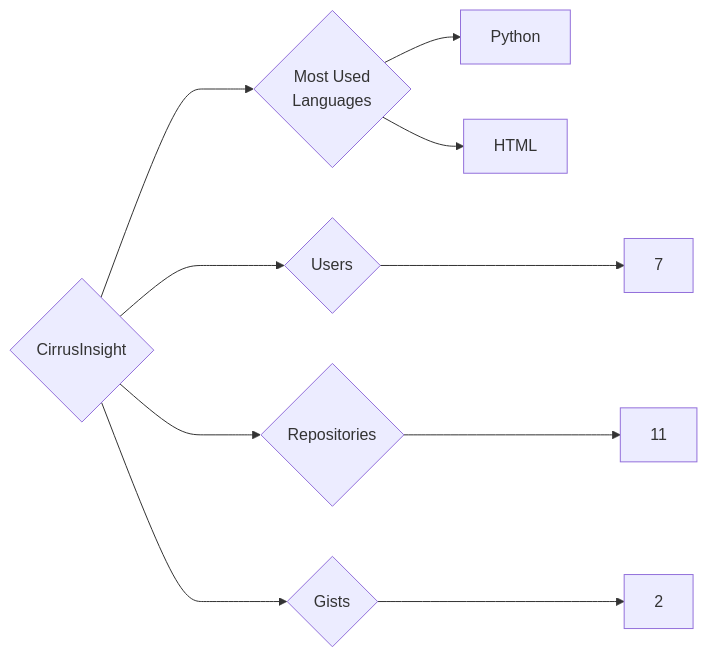
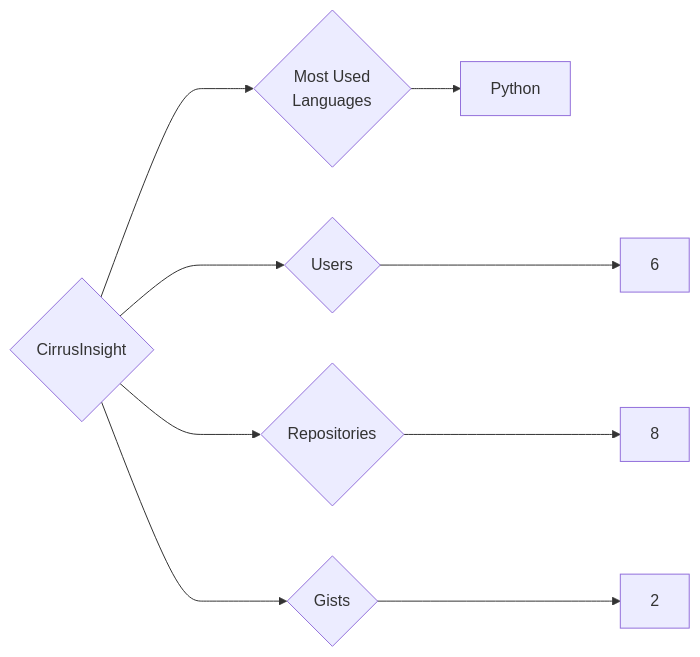
Before and after one commit to trickest/insiders: the diagram in targets/CirrusInsight/README.md, drawn with Mermaid. The commit also changed 1020 other files, not shown here.

````diff
--- a/targets/CirrusInsight/README.md
+++ b/targets/CirrusInsight/README.md
@@ -3,10 +3,9 @@
 ```mermaid
 graph LR
 COMPANY_NAME{CirrusInsight}
-COMPANY_NAME ---> U{Users} ---> UN[7]
-COMPANY_NAME ---> R{Repositories} ---> RN[11]
+COMPANY_NAME ---> U{Users} ---> UN[6]
+COMPANY_NAME ---> R{Repositories} ---> RN[8]
 COMPANY_NAME ---> G{Gists} ---> GN[2]
 COMPANY_NAME ---> ML{Most Used<br>Languages}
 ML --> Python[Python]
-ML --> HTML[HTML]
 ```
````
